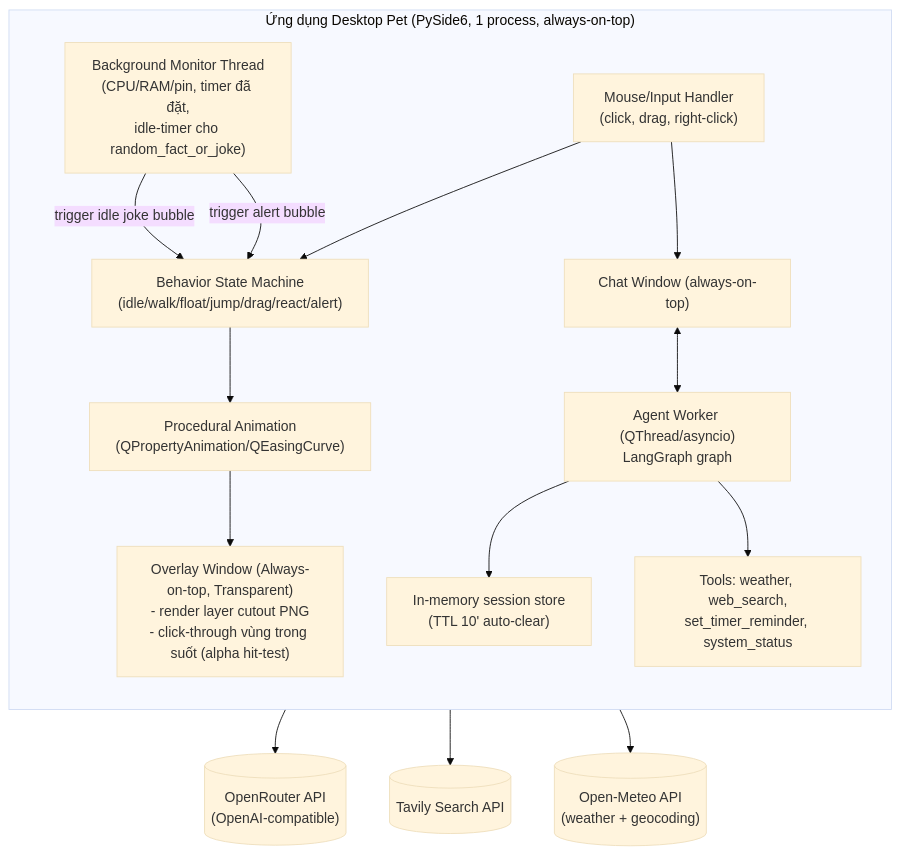
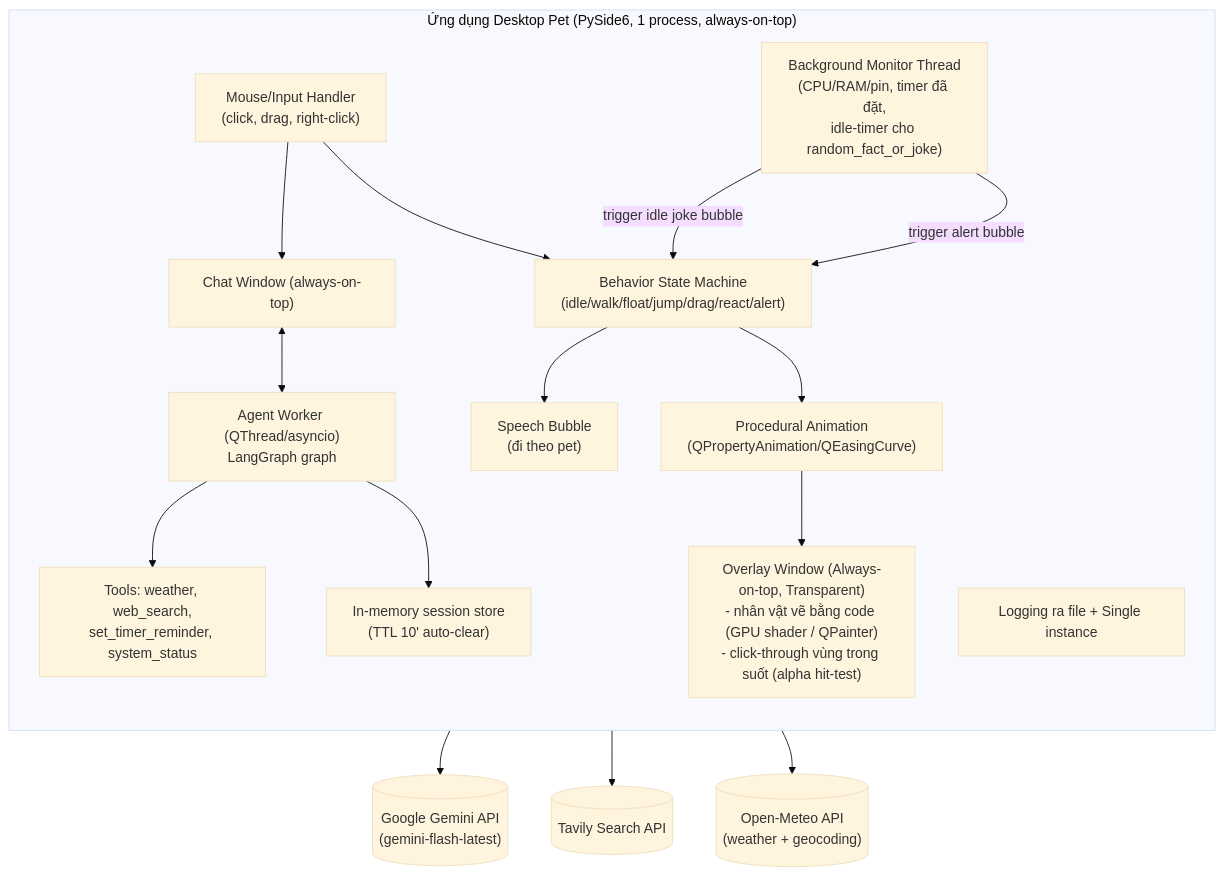
Before and after one commit to ArrayPowerPlay/lavenzure-pet: the diagram in CONTEXT.md, drawn with Mermaid (base theme). The commit also changed other lines of this file and 2 other files, not shown here.

First line of the commit message:
docs: record Gemini model switch and phases A, B, D; refresh CLAUDE.md

````diff
--- a/CONTEXT.md
+++ b/CONTEXT.md
@@ -20,32 +20,35 @@
 ```mermaid
 flowchart TB
     subgraph App["Ứng dụng Desktop Pet (PySide6, 1 process, always-on-top)"]
         direction TB
-        OverlayWin["Overlay Window (Always-on-top, Transparent)<br/>- render layer cutout PNG<br/>- click-through vùng trong suốt (alpha hit-test)"]
+        OverlayWin["Overlay Window (Always-on-top, Transparent)<br/>- nhân vật vẽ bằng code (GPU shader / QPainter)<br/>- click-through vùng trong suốt (alpha hit-test)"]
         Behavior["Behavior State Machine<br/>(idle/walk/float/jump/drag/react/alert)"]
         Anim["Procedural Animation<br/>(QPropertyAnimation/QEasingCurve)"]
+        Bubble["Speech Bubble<br/>(đi theo pet)"]
+        Infra["Logging ra file + Single instance"]
         Mouse["Mouse/Input Handler<br/>(click, drag, right-click)"]
         ChatWin["Chat Window (always-on-top)"]
         AgentThread["Agent Worker (QThread/asyncio)<br/>LangGraph graph"]
         Memory["In-memory session store<br/>(TTL 10' auto-clear)"]
         Tools["Tools: weather, web_search,<br/>set_timer_reminder, system_status"]
         BgMonitor["Background Monitor Thread<br/>(CPU/RAM/pin, timer đã đặt,<br/>idle-timer cho random_fact_or_joke)"]
     end
 
-    OpenRouter[("OpenRouter API<br/>(OpenAI-compatible)")]
+    Gemini[("Google Gemini API<br/>(gemini-flash-latest)")]
     Tavily[("Tavily Search API")]
     OpenMeteo[("Open-Meteo API<br/>(weather + geocoding)")]
 
     Mouse --> Behavior
     Mouse --> ChatWin
     Behavior --> Anim
     Anim --> OverlayWin
     ChatWin <--> AgentThread
     AgentThread --> Memory
     AgentThread --> Tools
-    AgentThread --> OpenRouter
+    AgentThread --> Gemini
     Tools --> Tavily
     Tools --> OpenMeteo
     BgMonitor -->|"trigger alert bubble"| Behavior
     BgMonitor -->|"trigger idle joke bubble"| Behavior
+    Behavior --> Bubble
 ```
````
